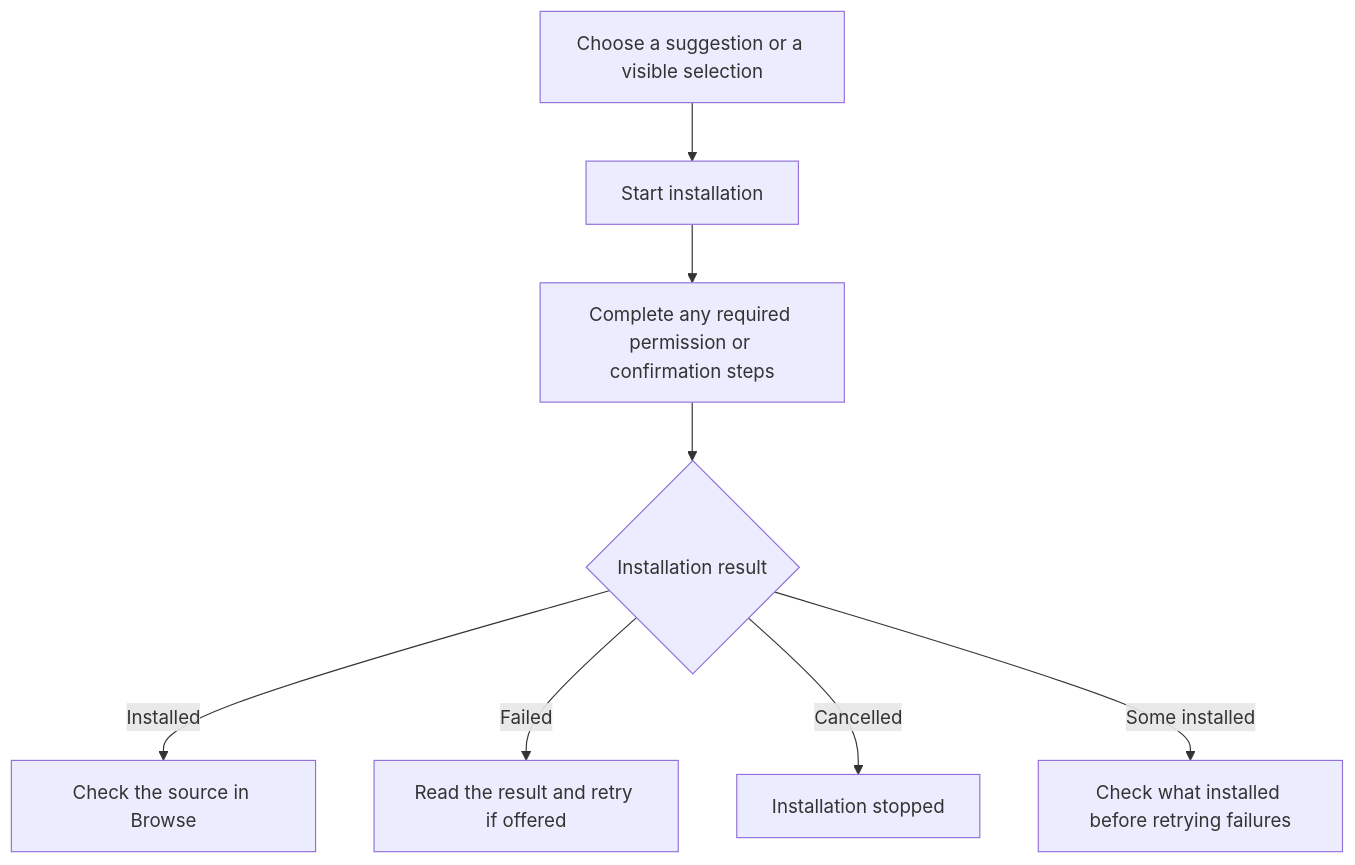
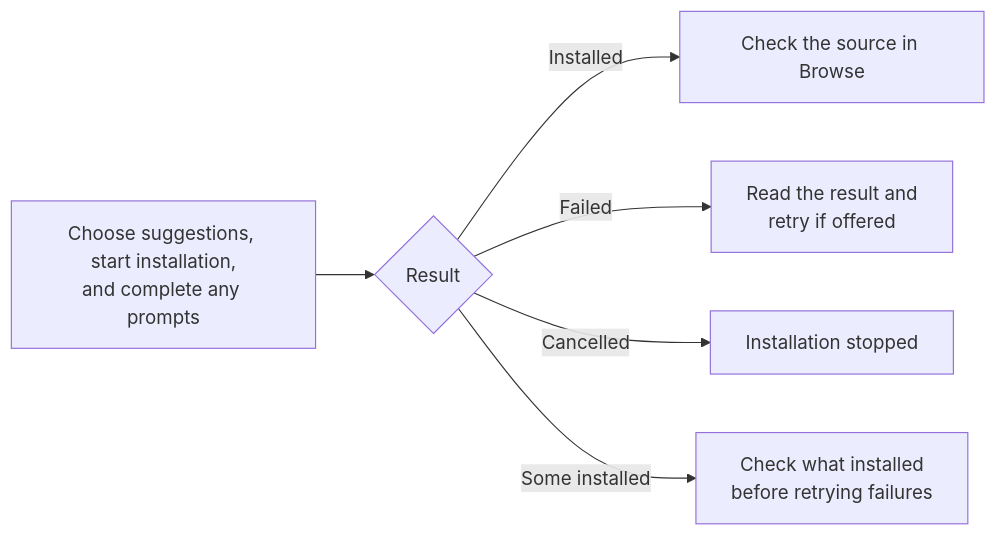
One commit to FancyCorey/komikku-fc changed the second of 4 diagrams in docs/kmk/feature-guides/sources.md. Above: the diagram before and after it, drawn with Mermaid. The commit also changed other lines of this file and 93 other files, not shown here.

````diff
--- a/docs/kmk/feature-guides/sources.md
+++ b/docs/kmk/feature-guides/sources.md
@@ -33,10 +36,8 @@
 ```mermaid
-flowchart TD
-    Choose["Choose a suggestion or a visible selection"] --> Install["Start installation"]
-    Install --> Steps["Complete any required permission or confirmation steps"]
-    Steps --> Result{"Installation result"}
+flowchart LR
+    Choose["Choose suggestions, start installation,<br/>and complete any prompts"] --> Result{"Result"}
     Result -->|Installed| Use["Check the source in Browse"]
-    Result -->|Failed| Retry["Read the result and retry if offered"]
+    Result -->|Failed| Retry["Read the result and<br/>retry if offered"]
     Result -->|Cancelled| Stop["Installation stopped"]
-    Result -->|Some installed| Partial["Check what installed before retrying failures"]
+    Result -->|Some installed| Partial["Check what installed<br/>before retrying failures"]
 ```
````
